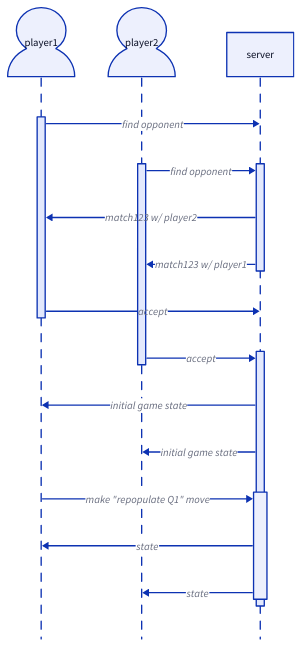
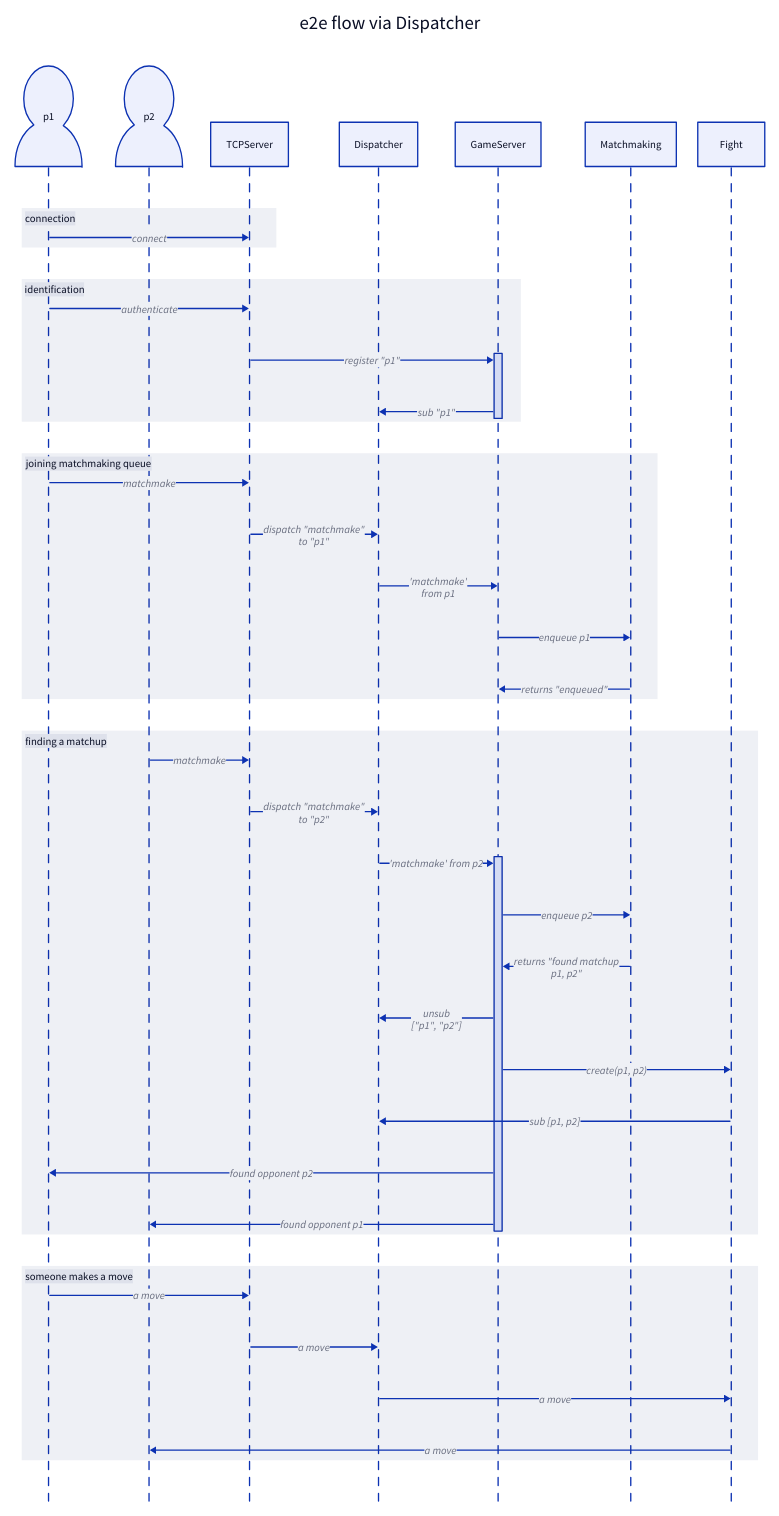
One commit to aecepoglu/dort changed the diagram in flow.d2. Above: the diagram before and after it, drawn with D2. The commit also changed 9 other files, not shown here.

```diff
--- a/flow.d2
+++ b/flow.d2
@@ -1,16 +1,46 @@
+e2e flow via Dispatcher: {
 shape: sequence_diagram
 
-player1.shape: Person
-player2.shape: Person
+p1.shape: Person
+p2.shape: Person
+TCPServer
+Dispatcher
+GameServer
+Matchmaking
+Fight
 
-player1.1 -> server: "find opponent"
-player2.1 -> server.1: "find opponent"
-server.1 -> player1.1: "match123 w/ player2"
-server.1 -> player2.1: "match123 w/ player1"
-player1.1 -> server: "accept"
-player2.1 -> server.game: "accept"
-server.game -> player1: initial game state
-server.game -> player2: initial game state
-player1 -> server.game.1: make "repopulate Q1" move
-server.game.1 -> player1: state
-server.game.1 -> player2: state
+connection: {
+	p1 -> TCPServer: connect
+}
+
+identification: {
+	p1 -> TCPServer: authenticate 
+	TCPServer -> GameServer.regp1: register "p1"
+	GameServer.regp1 -> Dispatcher: sub "p1"
+}
+
+joining matchmaking queue: {
+	p1 -> TCPServer: matchmake
+	TCPServer -> Dispatcher: dispatch "matchmake"\nto "p1"
+	Dispatcher -> GameServer: "'matchmake'\nfrom p1"
+	GameServer -> Matchmaking: enqueue p1
+	Matchmaking -> GameServer: returns "enqueued"
+}
+
+finding a matchup: {
+	p2 -> TCPServer: matchmake
+	TCPServer -> Dispatcher: dispatch "matchmake"\nto "p2"
+	Dispatcher -> GameServer.2: "'matchmake' from p2"
+	GameServer.2 -> Matchmaking: enqueue p2
+	Matchmaking -> GameServer.2: returns "found matchup\np1, p2"
+	GameServer.2 -> Dispatcher: unsub\n\["p1", "p2"\]
+	GameServer.2 -> Fight: "create(p1, p2)"
+	Fight -> Dispatcher: "sub [p1, p2]"
+	GameServer.2 -> p1: found opponent p2
+	GameServer.2 -> p2: found opponent p1
+}
+
+someone makes a move: {
+	p1 -> TCPServer -> Dispatcher -> Fight -> p2: a move
+}
+}
```
